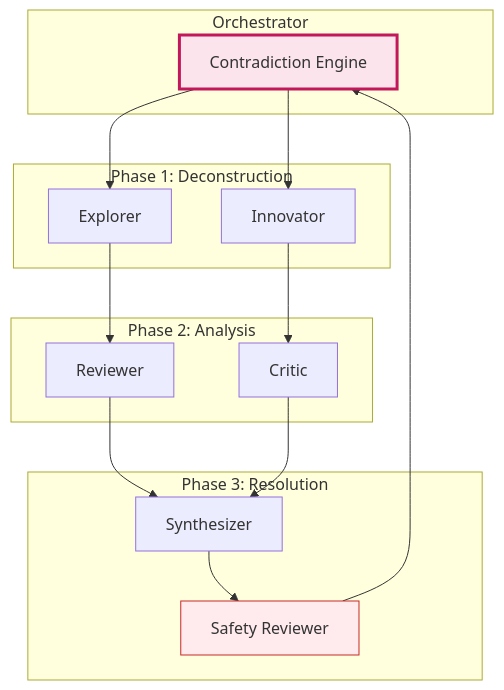
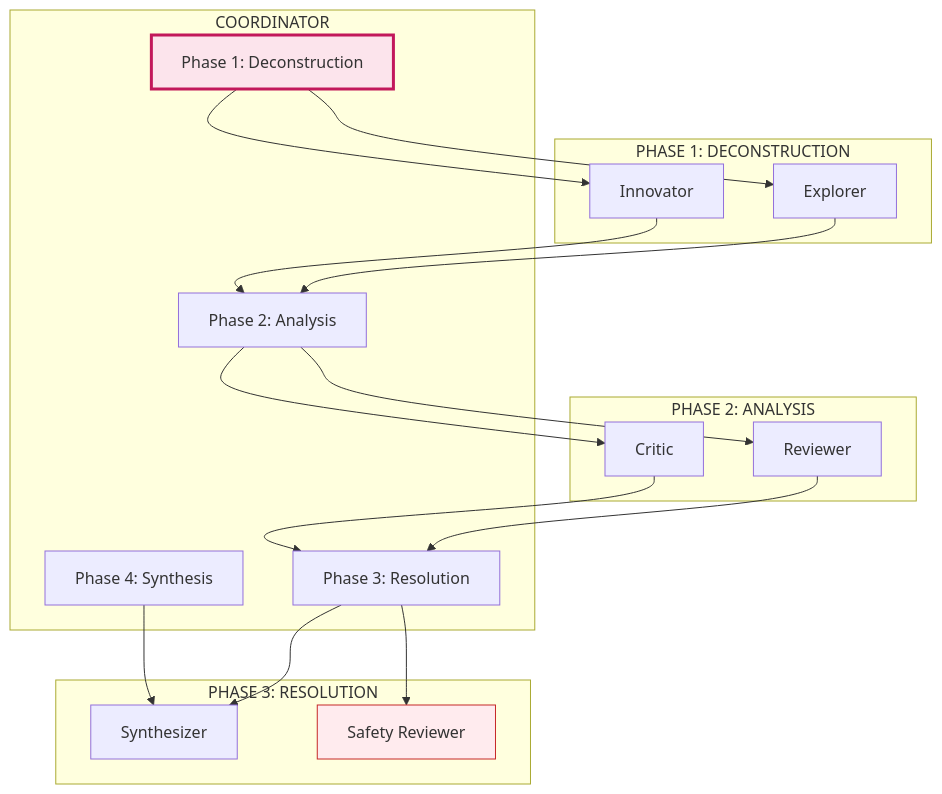
One commit to MohamedNamper333/swarm-agent changed the first of 3 diagrams in SWARM-TEST-005-IMPOSSIBLE.md. Above: the diagram before and after it, drawn with Mermaid. The commit also changed other lines of this file and 16 other files, not shown here.

````diff
--- a/SWARM-TEST-005-IMPOSSIBLE.md
+++ b/SWARM-TEST-005-IMPOSSIBLE.md
@@ -47,33 +61,39 @@
 ```mermaid
 graph TB
-    subgraph "Orchestrator"
-        O[Contradiction Engine]
+    subgraph "COORDINATOR"
+        C1[Phase 1: Deconstruction]
+        C2[Phase 2: Analysis]
+        C3[Phase 3: Resolution]
+        C4[Phase 4: Synthesis]
     end
     
-    subgraph "Phase 1: Deconstruction"
+    subgraph "PHASE 1: DECONSTRUCTION"
         E[Explorer]
         I[Innovator]
     end
     
-    subgraph "Phase 2: Analysis"
+    subgraph "PHASE 2: ANALYSIS"
         R[Reviewer]
         C[Critic]
     end
     
-    subgraph "Phase 3: Resolution"
+    subgraph "PHASE 3: RESOLUTION"
         S[Synthesizer]
         SR[Safety Reviewer]
     end
     
-    O --> E
-    O --> I
-    E --> R
-    I --> C
-    R --> S
-    C --> S
-    S --> SR
-    SR --> O
+    C1 --> E
+    C1 --> I
+    E --> C2
+    I --> C2
+    C2 --> R
+    C2 --> C
+    R --> C3
+    C --> C3
+    C3 --> S
+    C3 --> SR
+    C4 --> S
     
-    style O fill:#fce4ec,stroke:#c2185b,stroke-width:3px
+    style C1 fill:#fce4ec,stroke:#c2185b,stroke-width:3px
     style SR fill:#ffebee,stroke:#c62828
 ```
````
